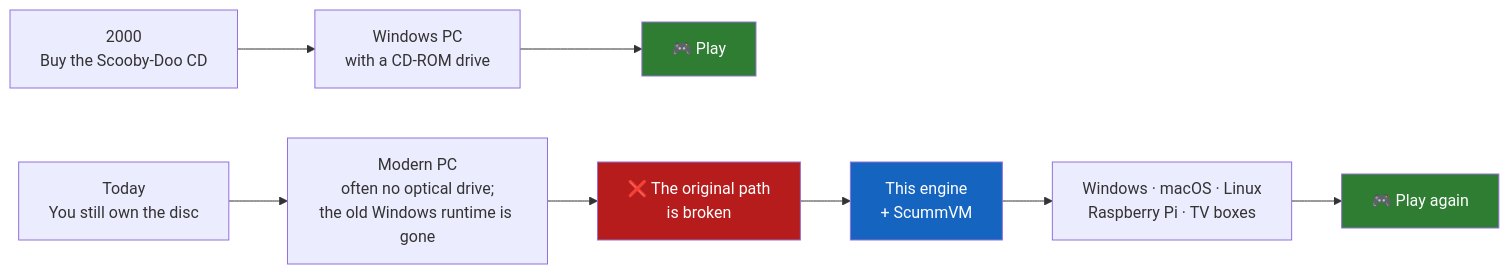
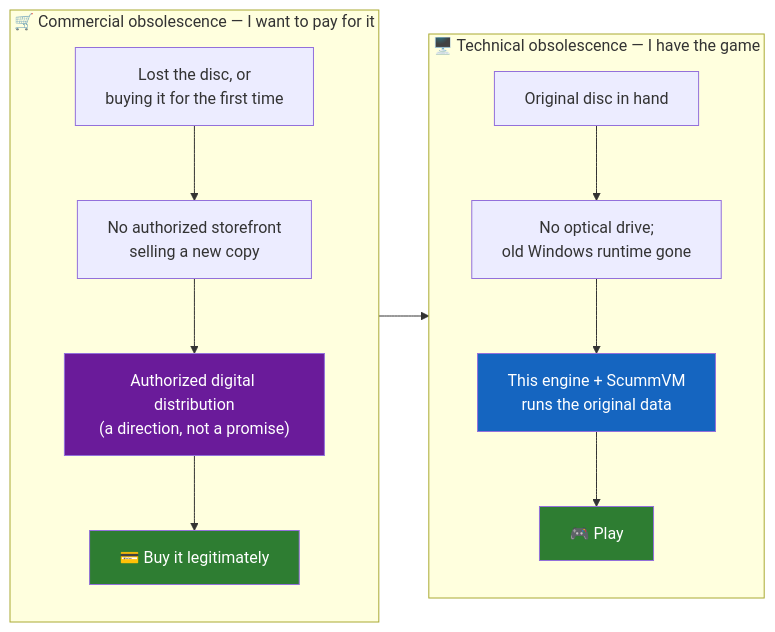
Before and after one commit to barefootbetters/scooby-engine: the diagram in README.md, drawn with Mermaid. The commit also changed other lines of this file, not shown here.

````diff
--- a/README.md
+++ b/README.md
@@ -20,13 +42,17 @@
 ```mermaid
 flowchart LR
-    A["2000<br/>Buy the Scooby-Doo CD"] --> B["Windows PC<br/>with a CD-ROM drive"] --> C["🎮 Play"]
+    subgraph TECH["🖥️ Technical obsolescence — I have the game"]
+      direction TB
+      A["Original disc in hand"] --> A2["No optical drive;<br/>old Windows runtime gone"] --> A3["This engine + ScummVM<br/>runs the original data"] --> A4["🎮 Play"]
+    end
+    subgraph COMM["🛒 Commercial obsolescence — I want to pay for it"]
+      direction TB
+      B["Lost the disc, or<br/>buying it for the first time"] --> B2["No authorized storefront<br/>selling a new copy"] --> B3["Authorized digital distribution<br/>(a direction, not a promise)"] --> B4["💳 Buy it legitimately"]
+    end
+    B4 --> A3
 
-    D["Today<br/>You still own the disc"] --> E["Modern PC<br/>often no optical drive;<br/>the old Windows runtime is gone"] --> F["❌ The original path<br/>is broken"]
-
-    F --> G["This engine<br/>+ ScummVM"] --> H["Windows · macOS · Linux<br/>Raspberry Pi · TV boxes"] --> I["🎮 Play again"]
-
-    style C fill:#2e7d32,color:#fff
-    style F fill:#b71c1c,color:#fff
-    style G fill:#1565c0,color:#fff
-    style I fill:#2e7d32,color:#fff
+    style A3 fill:#1565c0,color:#fff
+    style B3 fill:#6a1b9a,color:#fff
+    style A4 fill:#2e7d32,color:#fff
+    style B4 fill:#2e7d32,color:#fff
 ```
````
